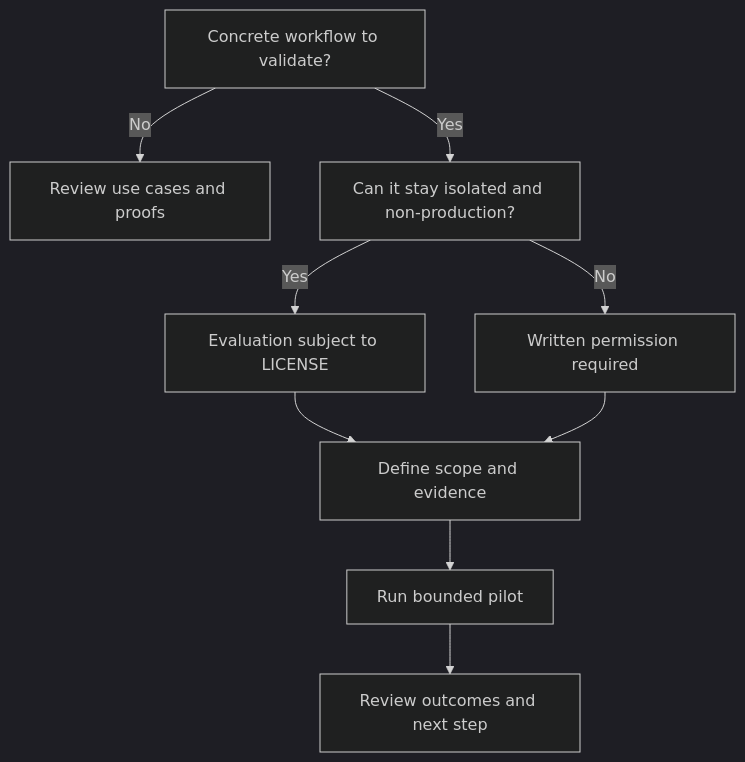
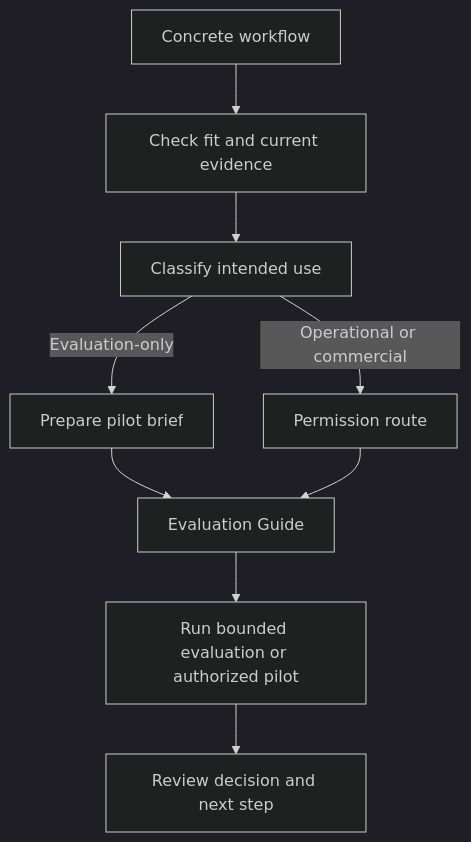
One commit to jakbuczarnecki/intergrax changed the diagram in docs/project/community/PARTNERS.md. Above: the diagram before and after it, drawn with Mermaid (dark theme). The commit also changed other lines of this file and 3 other files, not shown here.

````diff
--- a/docs/project/community/PARTNERS.md
+++ b/docs/project/community/PARTNERS.md
@@ -47,12 +47,11 @@
 ```mermaid
 flowchart TD
-    A[Concrete workflow to validate?]
-    A -->|No| B[Review use cases and proofs]
-    A -->|Yes| C[Can it stay isolated and non-production?]
-    C -->|Yes| D[Evaluation subject to LICENSE]
-    C -->|No| E[Written permission required]
-    D --> F[Define scope and evidence]
+    A[Concrete workflow] --> B[Check fit and current evidence]
+    B --> C[Classify intended use]
+    C -->|Evaluation-only| D[Prepare pilot brief]
+    C -->|Operational or commercial| E[Permission route]
+    D --> F[Evaluation Guide]
     E --> F
-    F --> G[Run bounded pilot]
-    G --> H[Review outcomes and next step]
+    F --> G[Run bounded evaluation or authorized pilot]
+    G --> H[Review decision and next step]
 ```
````
